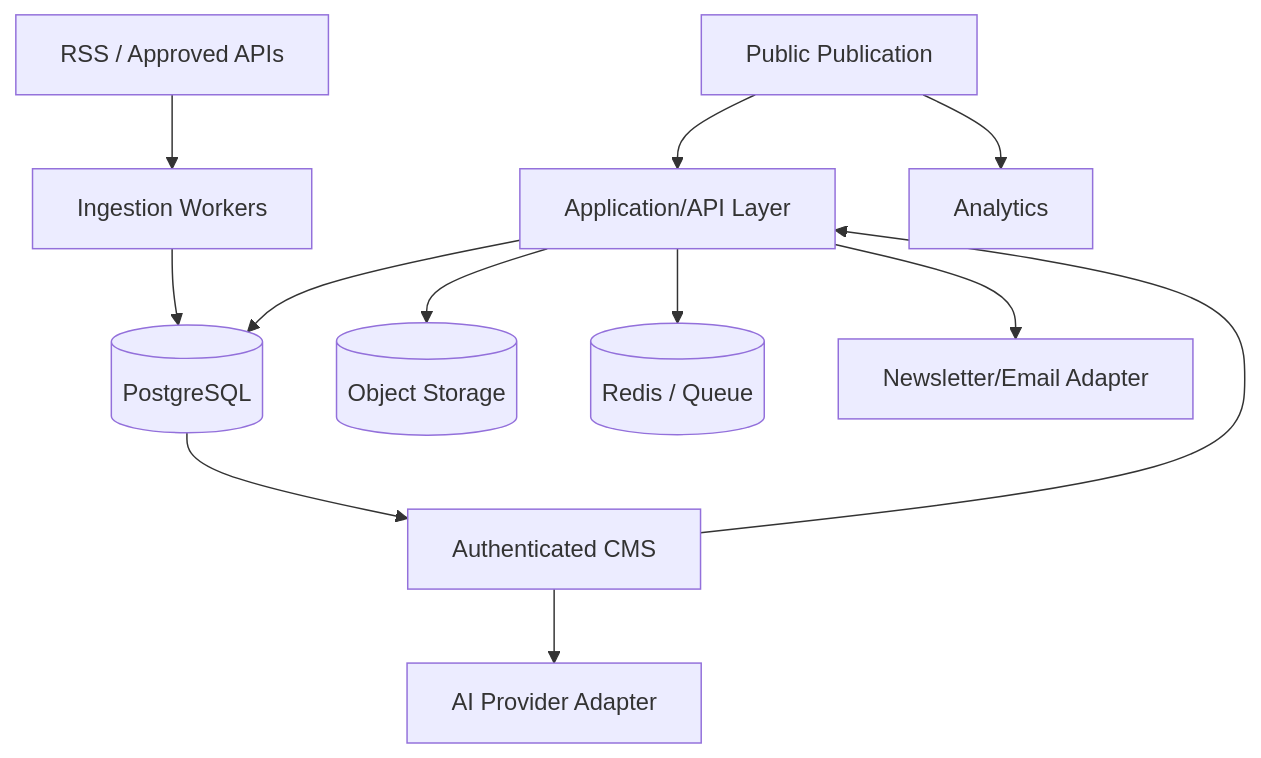
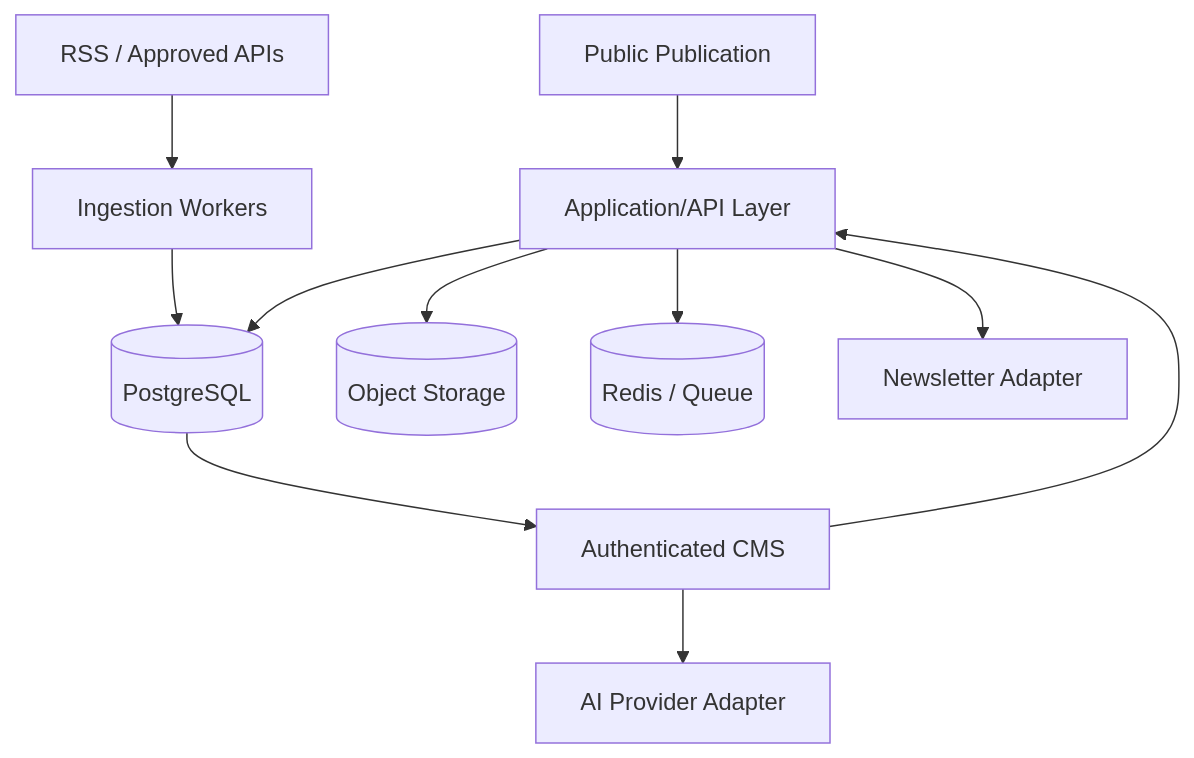
The second of 2 diagrams in README.md (YounasKhan2/living-journal), drawn with Mermaid before and after one commit. The commit also changed other lines of this file, not shown here.

````diff
--- a/README.md
+++ b/README.md
@@ -199,14 +211,13 @@
 ```mermaid
 flowchart TB
   Public[Public Publication] --> App[Application/API Layer]
   CMS[Authenticated CMS] --> App
   App --> DB[(PostgreSQL)]
   App --> Storage[(Object Storage)]
   App --> Redis[(Redis / Queue)]
   Sources[RSS / Approved APIs] --> Workers[Ingestion Workers]
   Workers --> DB
   DB --> CMS
   CMS --> AI[AI Provider Adapter]
-  App --> Email[Newsletter/Email Adapter]
-  Public --> Analytics[Analytics]
+  App --> Email[Newsletter Adapter]
 ```
````
